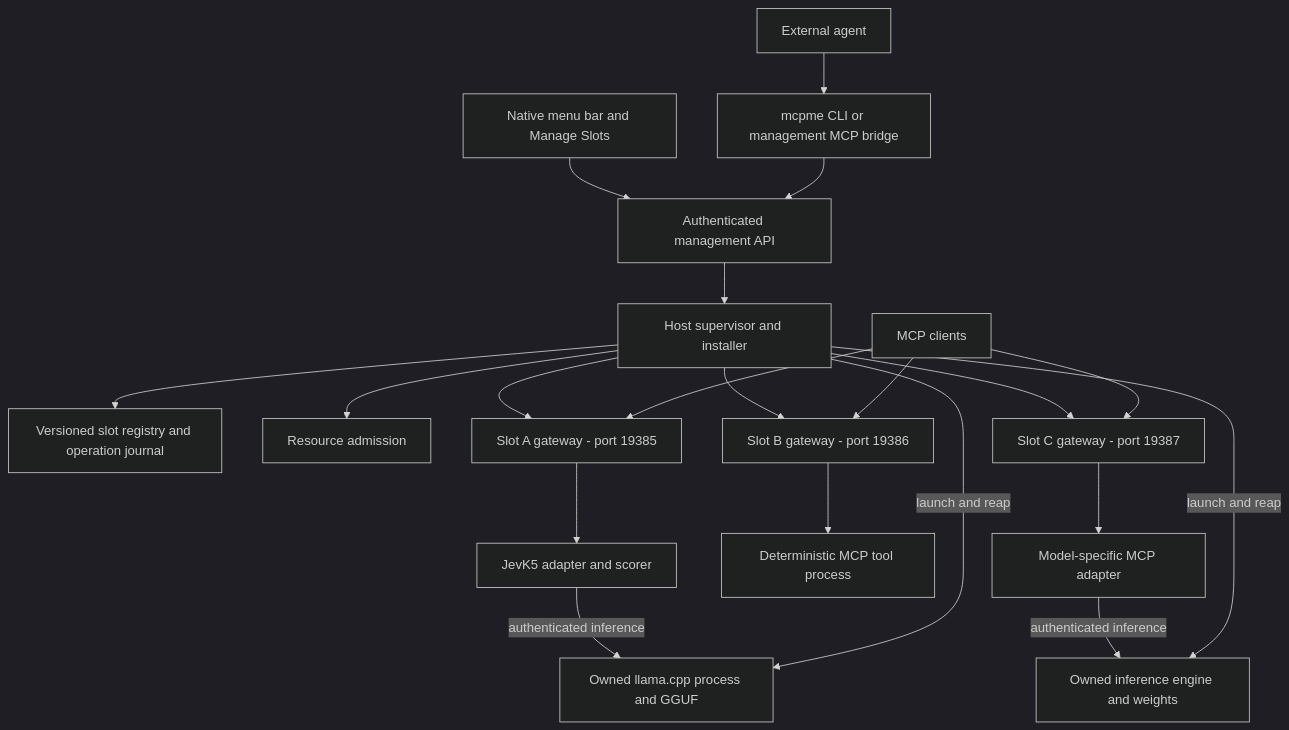
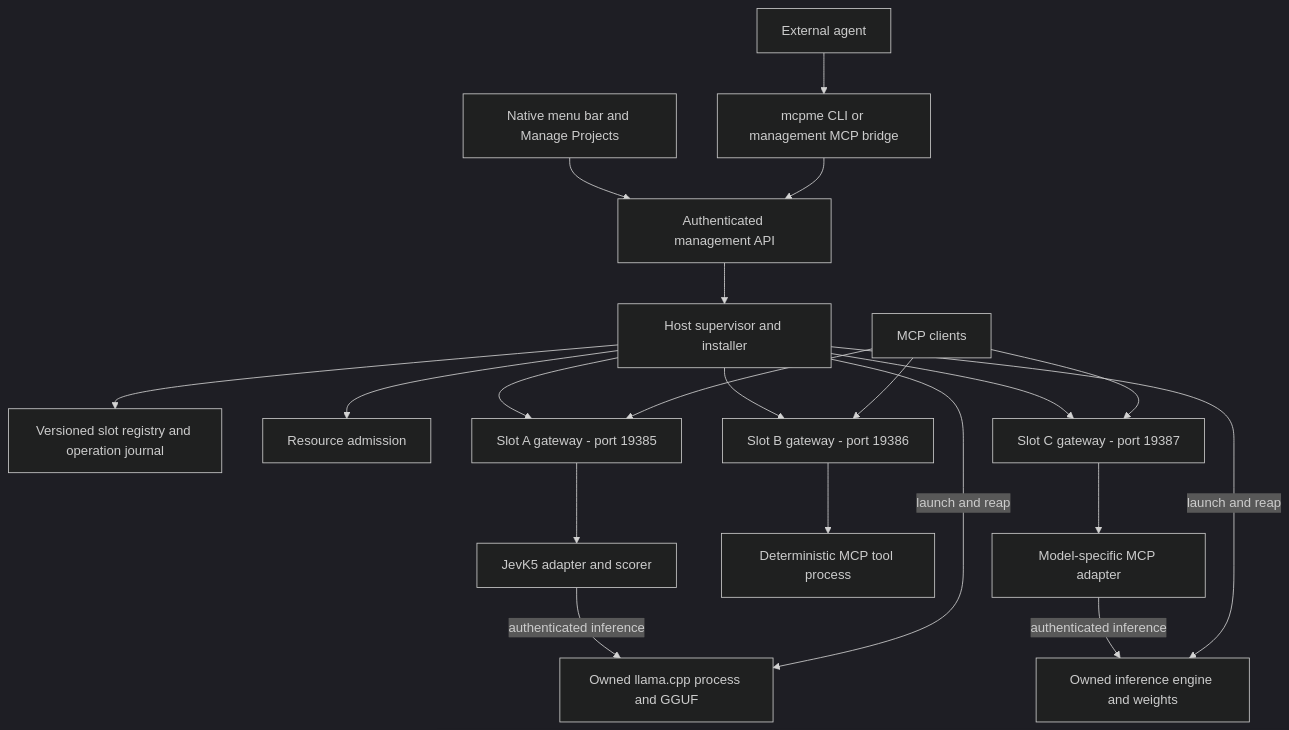
The first of 2 diagrams in docs/MCPME_DESIGN.md (jshahbazi/meecp), drawn with Mermaid (dark theme) before and after one commit. The commit also changed other lines of this file and 2 other files, not shown here.

````diff
--- a/docs/MCPME_DESIGN.md
+++ b/docs/MCPME_DESIGN.md
@@ -55,22 +55,22 @@
 ```mermaid
 flowchart TB
-    UI[Native menu bar and Manage Slots] --> Control[Authenticated management API]
+    UI[Native menu bar and Manage Projects] --> Control[Authenticated management API]
     Agent[External agent] --> CLI[mcpme CLI or management MCP bridge]
     CLI --> Control
     Control --> Supervisor[Host supervisor and installer]
     Supervisor --> Registry[Versioned slot registry and operation journal]
     Supervisor --> Budget[Resource admission]
     Supervisor --> G1[Slot A gateway - port 19385]
     Supervisor --> G2[Slot B gateway - port 19386]
     Supervisor --> G3[Slot C gateway - port 19387]
     Clients[MCP clients] --> G1
     Clients --> G2
     Clients --> G3
     G1 --> Jev[JevK5 adapter and scorer]
     Jev -->|authenticated inference| Llama[Owned llama.cpp process and GGUF]
     Supervisor -->|launch and reap| Llama
     G2 --> Code[Deterministic MCP tool process]
     G3 --> Adapter[Model-specific MCP adapter]
     Adapter -->|authenticated inference| Engine[Owned inference engine and weights]
     Supervisor -->|launch and reap| Engine
 ```
````
